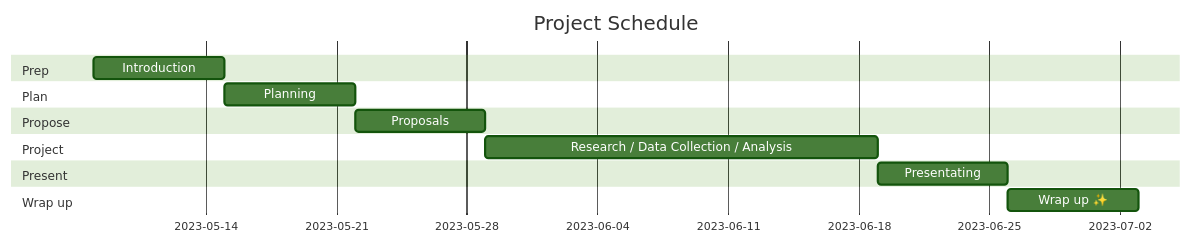
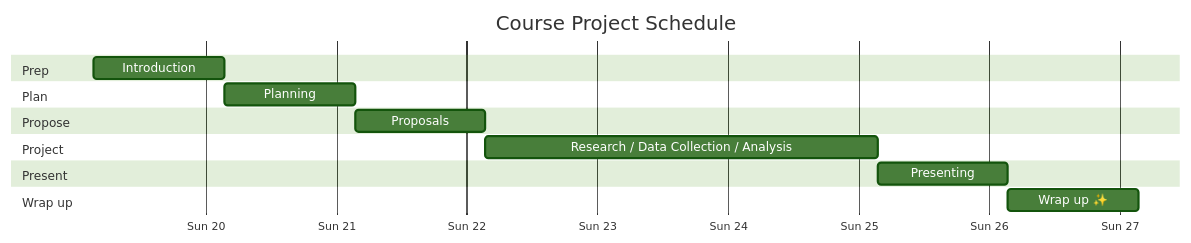
The diagram in README.md (HumanMovementNeuroscience/course_2023-05_summer), drawn with Mermaid (forest theme) before and after one commit. The commit also changed other lines of this file, not shown here.

````diff
--- a/README.md
+++ b/README.md
@@ -21,24 +21,25 @@
 ```mermaid
 gantt
     dateFormat  YYYY-MM-DD
-    title Project Schedule
-
+    title Course Project Schedule
+    axisFormat %a %U
+    
     section Prep
     Introduction            :2023-05-08, 7d
-    
+
     section Plan
-    Planning: :2023-05-15, 7d
-    
+    Planning                :2023-05-15, 7d
+
     section Propose
-    Proposals       :2023-05-22, 7d
-    
-    section Project 
-     Research / Data Collection / Analysis:2023-05-29, 21d
-     
-     section Present 
-      Presentating :2023-06-19, 7d
-      
-      section Wrap up 
-       Wrap up ✨:2023-06-26, 7d
+    Proposals               :2023-05-22, 7d
+
+    section Project
+    Research / Data Collection / Analysis :2023-05-29, 21d
+
+    section Present
+    Presenting              :2023-06-19, 7d
+
+    section Wrap up
+    Wrap up ✨               :2023-06-26, 7d
 
 ```
````
